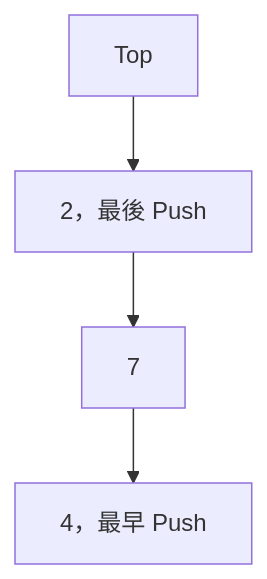
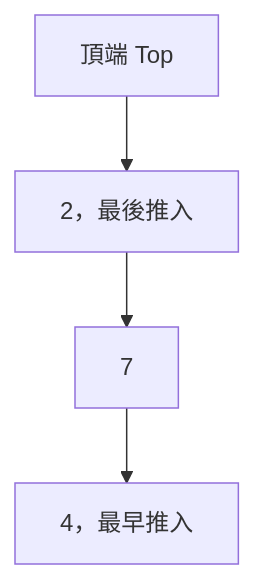
One commit to davidchen0970/algorithm_note changed the first of 16 diagrams in 02_data_structures/08_stack.md. Above: the diagram before and after it, drawn with Mermaid. The commit also changed other lines of this file and 2 other files, not shown here.

````diff
--- a/02_data_structures/08_stack.md
+++ b/02_data_structures/08_stack.md
@@ -84,6 +110,6 @@
 ```mermaid
 flowchart TB
-    T[Top] --> N2[2，最後 Push]
-    N2 --> N7[7]
-    N7 --> N4[4，最早 Push]
+    T["頂端 Top"] --> N2["2，最後推入"]
+    N2 --> N7["7"]
+    N7 --> N4["4，最早推入"]
 ```
````
